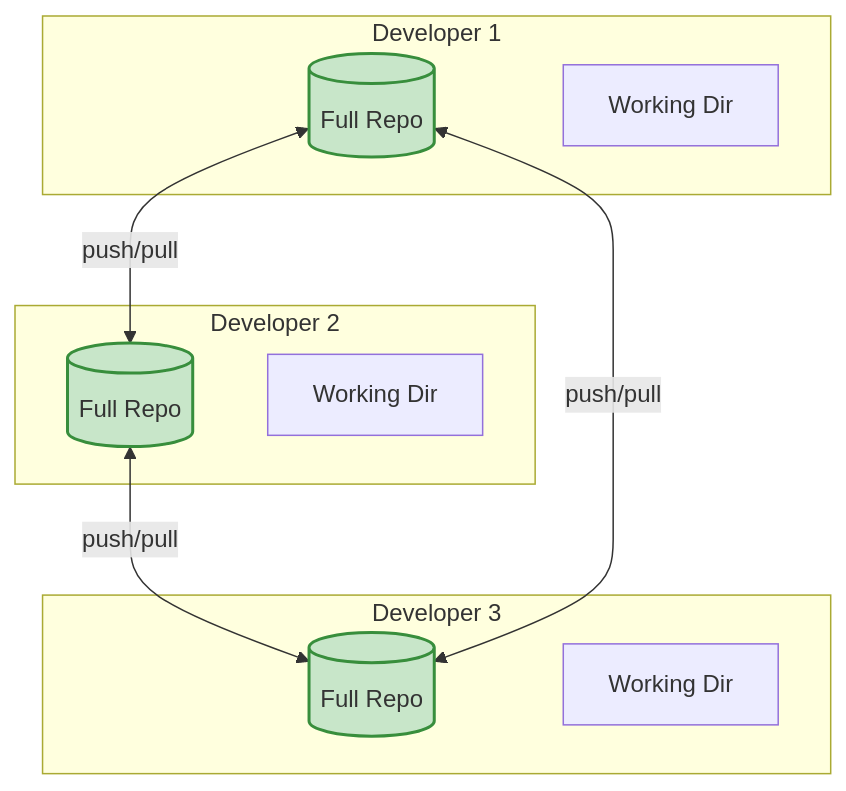
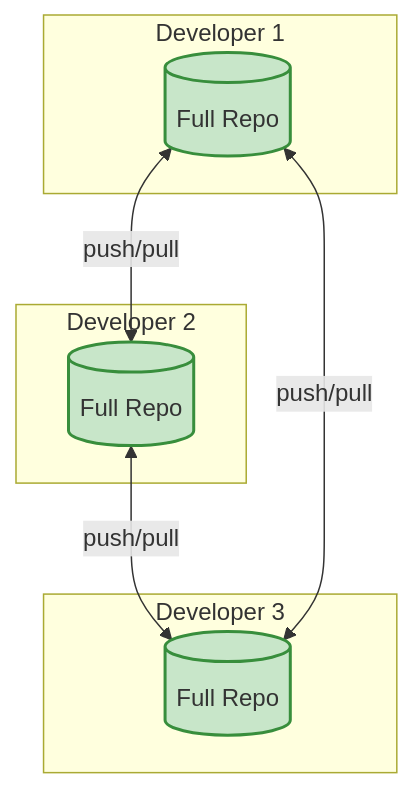
Before and after one commit to hiddenpunch/hiddenpunch.github.io: the second of 3 diagrams in content/posts/git-origins-first-commit.md, drawn with Mermaid. The commit also changed other lines of this file, not shown here.

```diff
--- a/content/posts/git-origins-first-commit.md
+++ b/content/posts/git-origins-first-commit.md
@@ -116,25 +119,22 @@
 <pre class="mermaid">
 flowchart TB
     subgraph d1[Developer 1]
         R1[(Full Repo)]
-        W1[Working Dir]
     end
     
     subgraph d2[Developer 2]
         R2[(Full Repo)]
-        W2[Working Dir]
     end
     
     subgraph d3[Developer 3]
         R3[(Full Repo)]
-        W3[Working Dir]
     end
     
     R1 <-->|push/pull| R2
     R2 <-->|push/pull| R3
     R1 <-->|push/pull| R3
     
     style R1 fill:#c8e6c9,stroke:#388e3c,stroke-width:2px
     style R2 fill:#c8e6c9,stroke:#388e3c,stroke-width:2px
     style R3 fill:#c8e6c9,stroke:#388e3c,stroke-width:2px
 </pre>
```
